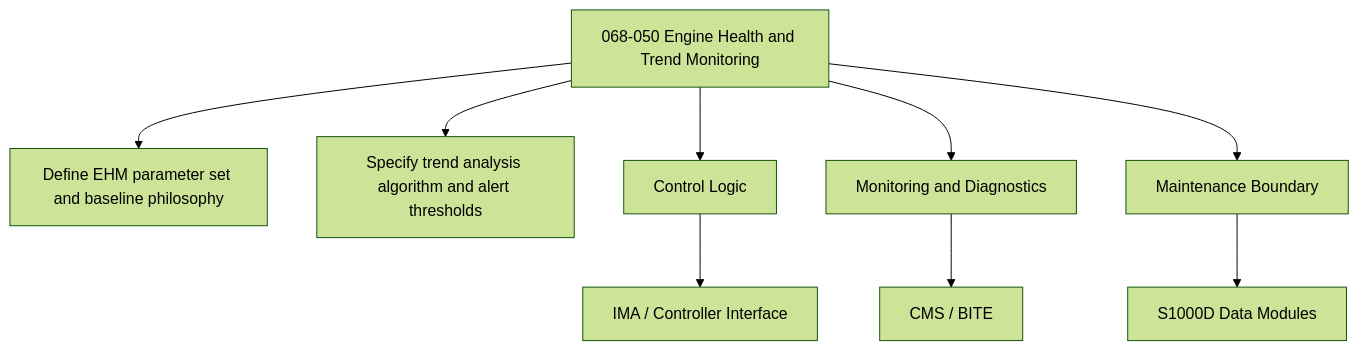
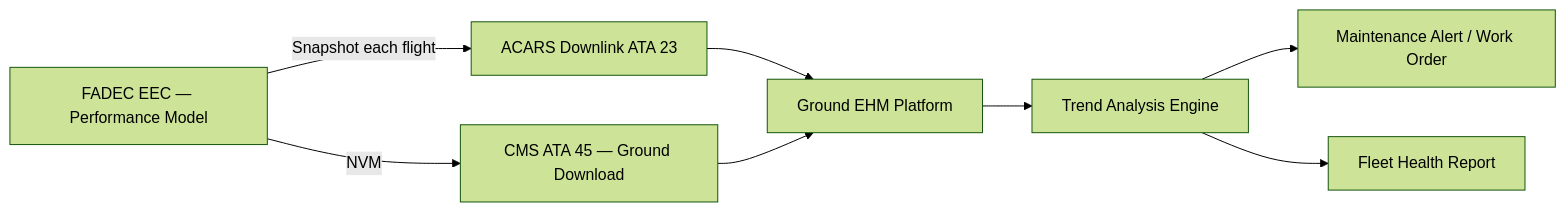
Before and after one commit to AmedeoPelliccia/Qplus-For-All-Queer-People-and-Quantum: the diagram in Q+ATLANTIDE/000-099_ATLAS/060-069_Propulsion-Tradicional/068_Engine-Indicating/068-050-Engine-Health-and-Trend-Monitoring.md, drawn with Mermaid (forest theme). The commit also changed other lines of this file and 19 other files, not shown here.

````diff
--- a/Q+ATLANTIDE/000-099_ATLAS/060-069_Propulsion-Tradicional/068_Engine-Indicating/068-050-Engine-Health-and-Trend-Monitoring.md
+++ b/Q+ATLANTIDE/000-099_ATLAS/060-069_Propulsion-Tradicional/068_Engine-Indicating/068-050-Engine-Health-and-Trend-Monitoring.md
@@ -172,11 +61,10 @@
 ```mermaid
-flowchart TB
-    SYS[068-050 Engine Health and Trend Monitoring] --> F1[Define EHM parameter set and baseline philosophy]
-    SYS --> F2[Specify trend analysis algorithm and alert thresholds]
-    SYS --> CTRL[Control Logic]
-    SYS --> MON[Monitoring and Diagnostics]
-    SYS --> MAINT[Maintenance Boundary]
-    CTRL --> IMA[IMA / Controller Interface]
-    MON --> CMS[CMS / BITE]
-    MAINT --> CSDB[S1000D Data Modules]
+flowchart LR
+    FADEC[FADEC EEC — Performance Model] -->|Snapshot each flight| ACARS[ACARS Downlink ATA 23]
+    FADEC -->|NVM| CMS[CMS ATA 45 — Ground Download]
+    ACARS --> GROUND[Ground EHM Platform]
+    CMS --> GROUND
+    GROUND --> TREND[Trend Analysis Engine]
+    TREND --> ALERT[Maintenance Alert / Work Order]
+    TREND --> REPORT[Fleet Health Report]
 ```
````
